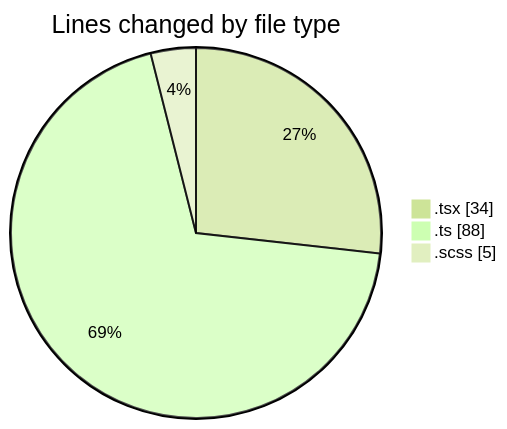
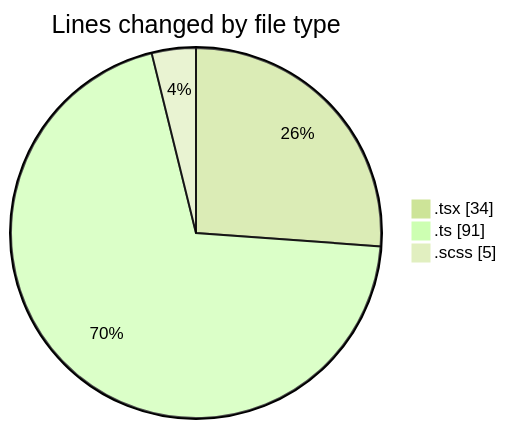
The first of 2 diagrams in 2025-10-07/cda/README.md (momahboobian/code-tracking), drawn with Mermaid (forest theme) before and after one commit. The commit also changed other lines of this file and 1 other file, not shown here.

````diff
--- a/2025-10-07/cda/README.md
+++ b/2025-10-07/cda/README.md
@@ -24,7 +24,7 @@
 ```mermaid
 pie showData
 title Lines changed by file type
 ".tsx" : 34
-".ts" : 88
+".ts" : 91
 ".scss" : 5
 ```
````
